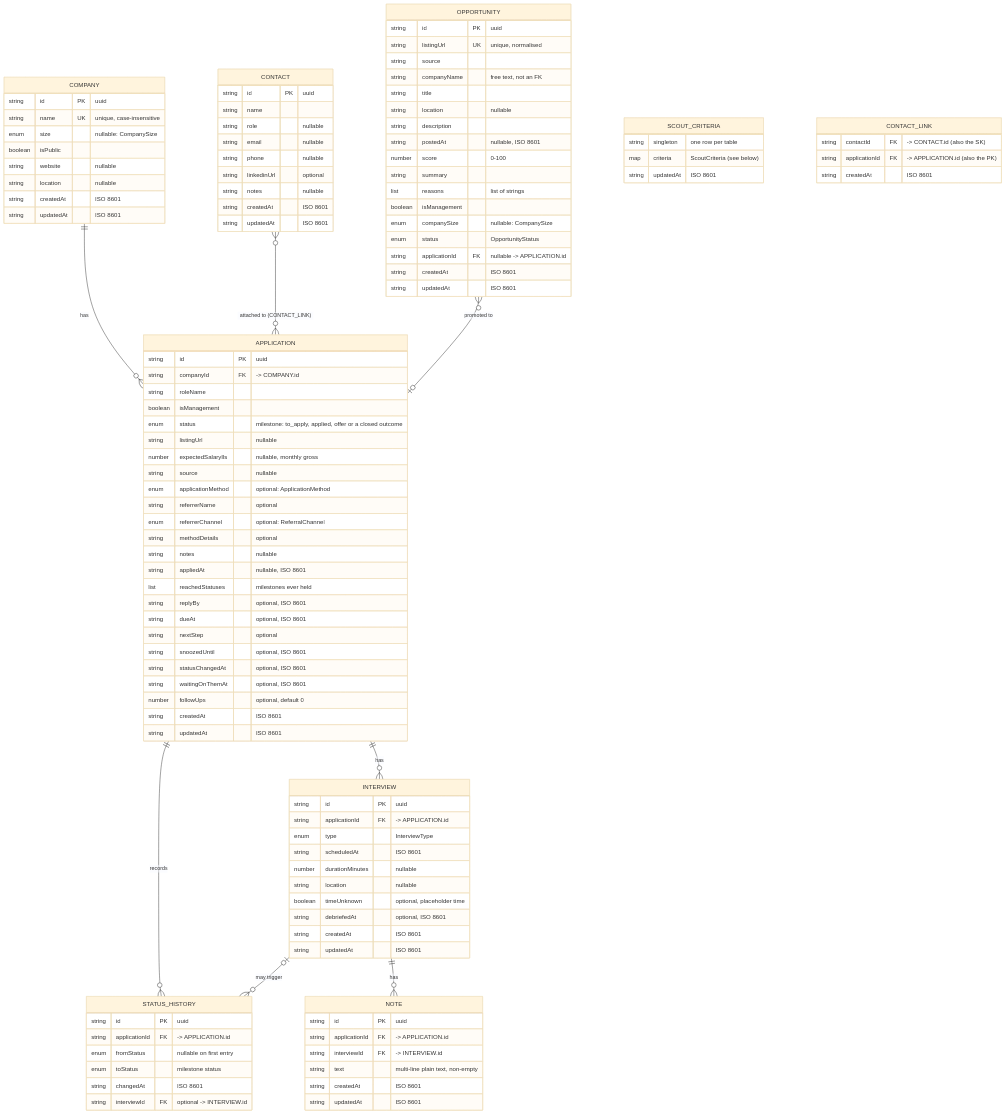
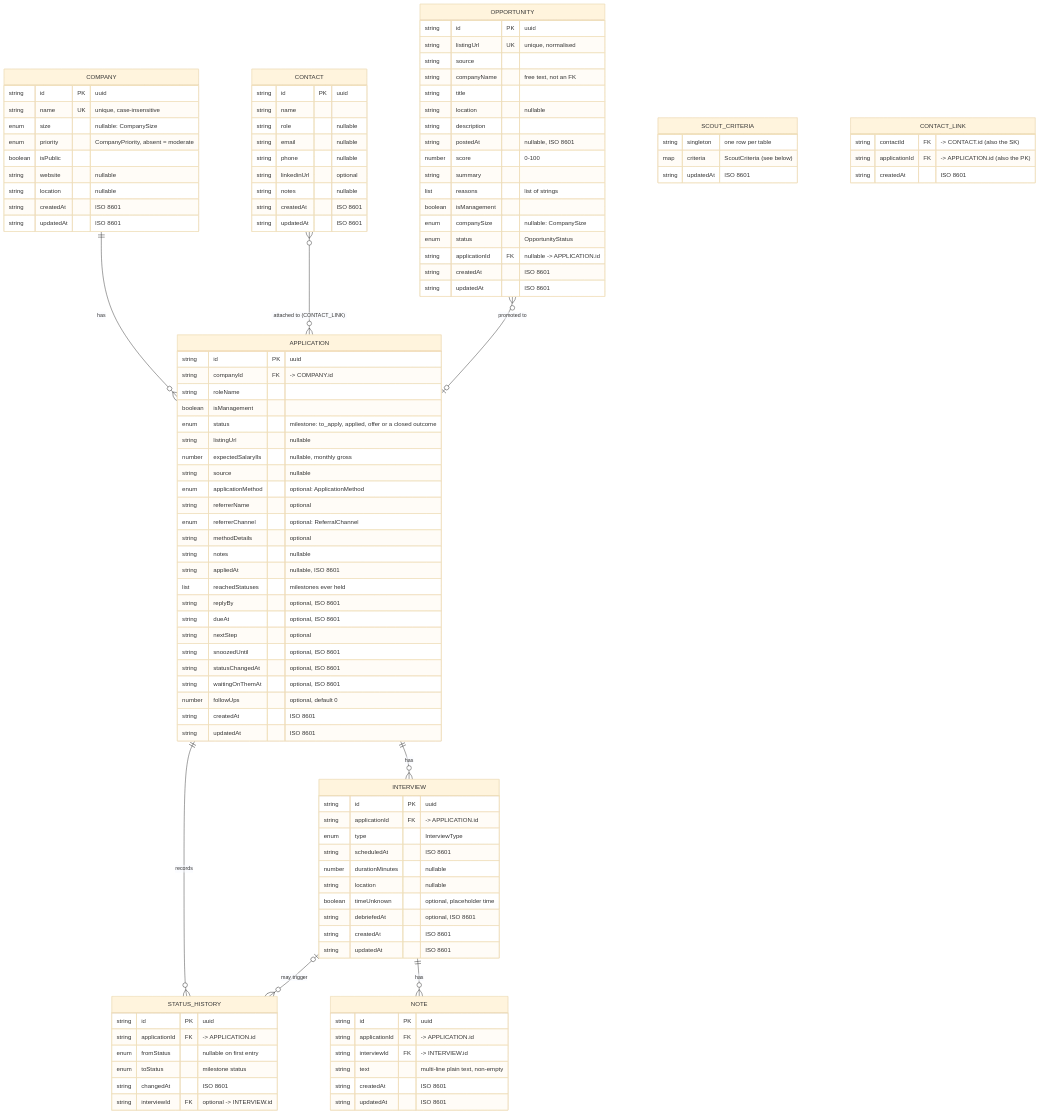
The first of 2 diagrams in docs/DATA-MODEL.md (shayyzhakov/job-tracker), drawn with Mermaid (base theme) before and after one commit. The commit also changed other lines of this file and 48 other files, not shown here.

First line of the commit message:
Add open-web scout source and company priority buckets

```diff
--- a/docs/DATA-MODEL.md
+++ b/docs/DATA-MODEL.md
@@ -26,6 +26,7 @@
         string id PK "uuid"
         string name UK "unique, case-insensitive"
         enum size "nullable: CompanySize"
+        enum priority "CompanyPriority, absent = moderate"
         boolean isPublic
         string website "nullable"
         string location "nullable"
```
